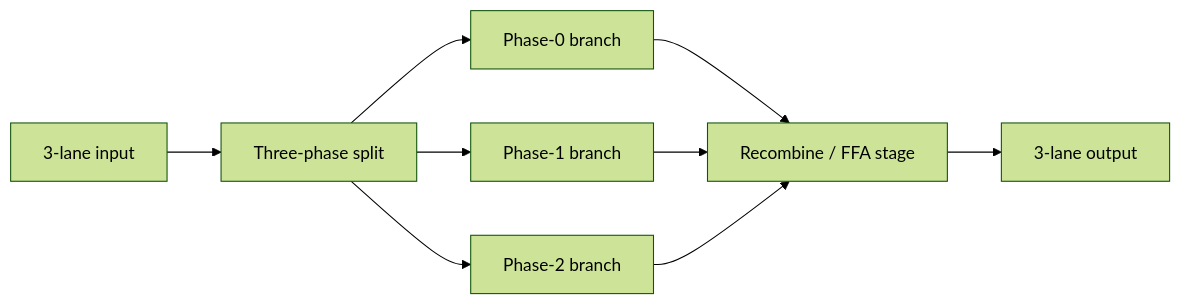
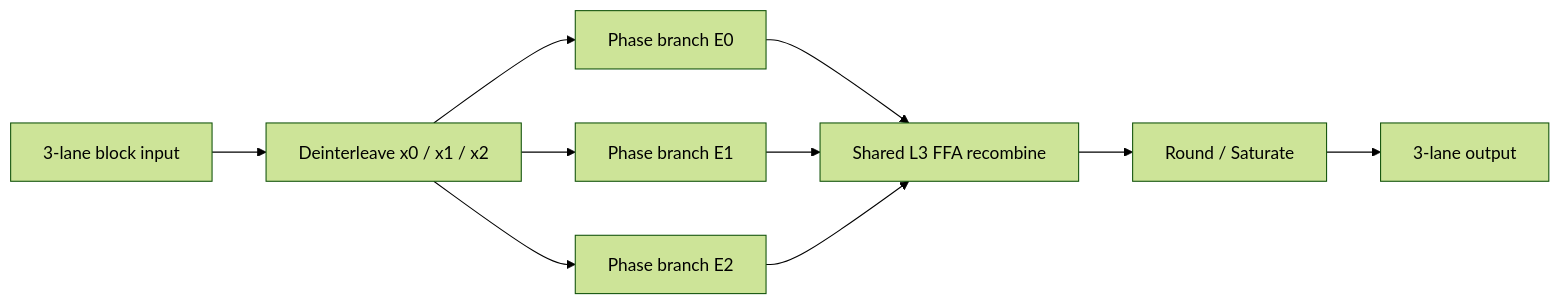
The diagram in docs/assets/dfg/l3_polyphase_ffa.mmd (AIALRA-0/FIR-Lowpass-Filter), drawn with Mermaid (forest theme) before and after one commit. The commit also changed 88 other files, not shown here.

```diff
--- a/docs/assets/dfg/l3_polyphase_ffa.mmd
+++ b/docs/assets/dfg/l3_polyphase_ffa.mmd
@@ -1,9 +1,10 @@
 flowchart LR
-    IN[3-lane input] --> DEMUX[Three-phase split]
-    DEMUX --> E0[Phase-0 branch]
-    DEMUX --> E1[Phase-1 branch]
-    DEMUX --> E2[Phase-2 branch]
-    E0 --> FFA[Recombine / FFA stage]
+    IN[3-lane block input] --> DEMUX[Deinterleave x0 / x1 / x2]
+    DEMUX --> E0[Phase branch E0]
+    DEMUX --> E1[Phase branch E1]
+    DEMUX --> E2[Phase branch E2]
+    E0 --> FFA[Shared L3 FFA recombine]
     E1 --> FFA
     E2 --> FFA
-    FFA --> OUT[3-lane output]
+    FFA --> QS[Round / Saturate]
+    QS --> OUT[3-lane output]
```
